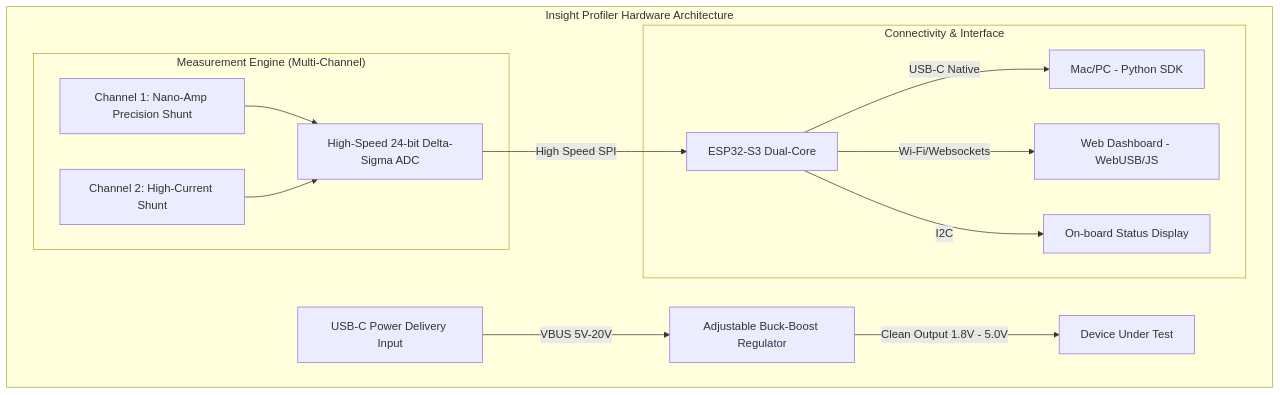
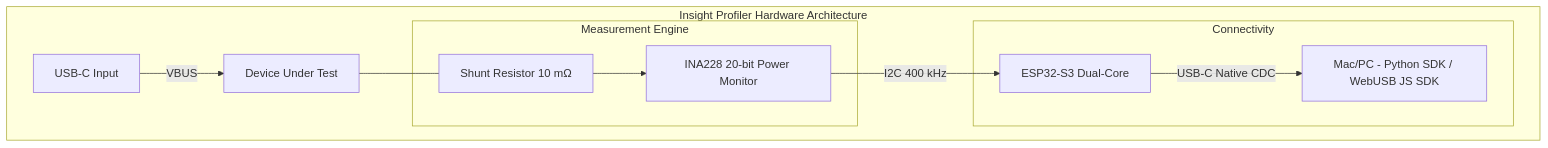
The diagram in README.md (embedlab-tech/insight-profiler), drawn with Mermaid before and after one commit. The commit also changed other lines of this file, not shown here.

````diff
--- a/README.md
+++ b/README.md
@@ -6,22 +6,19 @@
 ```mermaid
 graph TD
     subgraph "Insight Profiler Hardware Architecture"
-        PD[USB-C Power Delivery Input] -->|VBUS 5V-20V| REG[Adjustable Buck-Boost Regulator]
-        REG -->|Clean Output 1.8V - 5.0V| DUT[Device Under Test]
+        PD[USB-C Input] -->|VBUS| DUT[Device Under Test]
 
-        subgraph "Measurement Engine (Multi-Channel)"
-            S1[Channel 1: Nano-Amp Precision Shunt]
-            S2[Channel 2: High-Current Shunt]
-            ADC[High-Speed 24-bit Delta-Sigma ADC]
-            S1 & S2 --> ADC
+        subgraph "Measurement Engine"
+            SHUNT[Shunt Resistor 10 mΩ]
+            INA228[INA228 20-bit Power Monitor]
+            SHUNT --> INA228
         end
 
-        ADC -->|High Speed SPI| ESP[ESP32-S3 Dual-Core]
+        DUT --- SHUNT
+        INA228 -->|I2C 400 kHz| ESP[ESP32-S3 Dual-Core]
 
-        subgraph "Connectivity & Interface"
-            ESP -->|USB-C Native| MAC[Mac/PC - Python SDK]
-            ESP -->|Wi-Fi/Websockets| WEB[Web Dashboard - WebUSB/JS]
-            ESP -->|I2C| OLED[On-board Status Display]
+        subgraph "Connectivity"
+            ESP -->|USB-C Native CDC| MAC[Mac/PC - Python SDK / WebUSB JS SDK]
         end
     end
 ```
````
